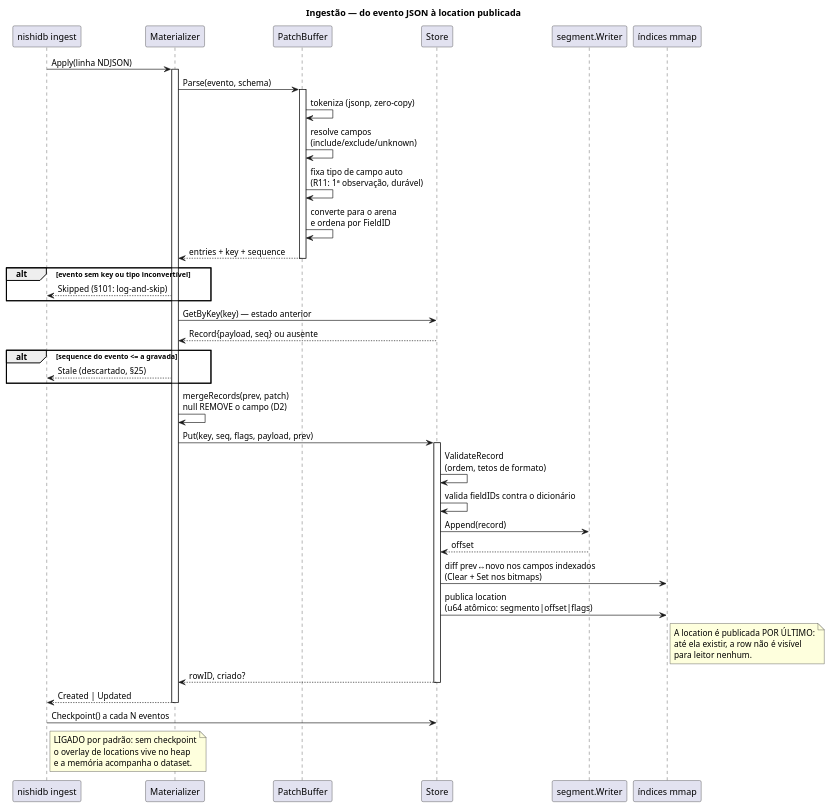
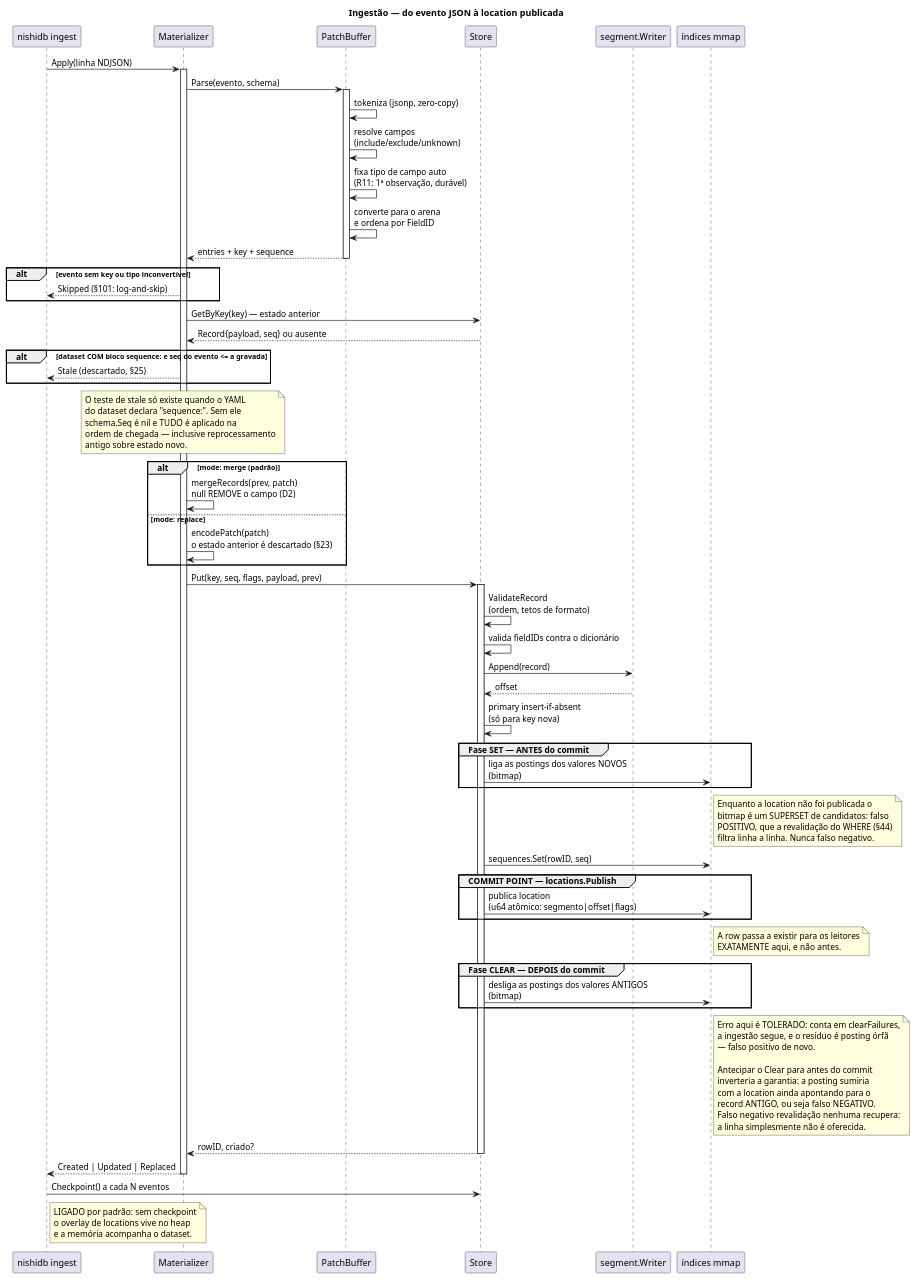
One commit to nishisan-dev/nishidb changed the diagram in docs/diagrams/ingest_flow.puml. Above: the diagram before and after it, drawn with PlantUML. The commit also changed 4 other files, not shown here.

First line of the commit message:
Corrige nos diagramas o que divergia do código

```diff
--- a/docs/diagrams/ingest_flow.puml
+++ b/docs/diagrams/ingest_flow.puml
@@ -1,61 +1,103 @@
 @startuml ingest_flow
 title Ingestão — do evento JSON à location publicada
 
 participant "nishidb ingest" as cli
 participant "Materializer" as mat
 participant "PatchBuffer" as pb
 participant "Store" as st
 participant "segment.Writer" as seg
 participant "índices mmap" as idx
 
 cli -> mat : Apply(linha NDJSON)
 activate mat
 
 mat -> pb : Parse(evento, schema)
 activate pb
 pb -> pb : tokeniza (jsonp, zero-copy)
 pb -> pb : resolve campos\n(include/exclude/unknown)
 pb -> pb : fixa tipo de campo auto\n(R11: 1ª observação, durável)
 pb -> pb : converte para o arena\ne ordena por FieldID
 pb --> mat : entries + key + sequence
 deactivate pb
 
 alt evento sem key ou tipo inconvertível
   mat --> cli : Skipped (§101: log-and-skip)
 end
 
 mat -> st : GetByKey(key) — estado anterior
 st --> mat : Record{payload, seq} ou ausente
 
-alt sequence do evento <= a gravada
+alt dataset COM bloco sequence: e seq do evento <= a gravada
   mat --> cli : Stale (descartado, §25)
 end
+note over mat
+  O teste de stale só existe quando o YAML
+  do dataset declara "sequence:". Sem ele
+  schema.Seq é nil e TUDO é aplicado na
+  ordem de chegada — inclusive reprocessamento
+  antigo sobre estado novo.
+end note
 
-mat -> mat : mergeRecords(prev, patch)\nnull REMOVE o campo (D2)
+alt mode: merge (padrão)
+  mat -> mat : mergeRecords(prev, patch)\nnull REMOVE o campo (D2)
+else mode: replace
+  mat -> mat : encodePatch(patch)\no estado anterior é descartado (§23)
+end
 mat -> st : Put(key, seq, flags, payload, prev)
 activate st
 
 st -> st : ValidateRecord\n(ordem, tetos de formato)
 st -> st : valida fieldIDs contra o dicionário
 st -> seg : Append(record)
 seg --> st : offset
-st -> idx : diff prev↔novo nos campos indexados\n(Clear + Set nos bitmaps)
-st -> idx : publica location\n(u64 atômico: segmento|offset|flags)
+st -> st : primary insert-if-absent\n(só para key nova)
+
+group Fase SET — ANTES do commit
+  st -> idx : liga as postings dos valores NOVOS\n(bitmap)
+end
 note right of idx
-  A location é publicada POR ÚLTIMO:
-  até ela existir, a row não é visível
-  para leitor nenhum.
+  Enquanto a location não foi publicada o
+  bitmap é um SUPERSET de candidatos: falso
+  POSITIVO, que a revalidação do WHERE (§44)
+  filtra linha a linha. Nunca falso negativo.
 end note
+
+st -> idx : sequences.Set(rowID, seq)
+
+group COMMIT POINT — locations.Publish
+  st -> idx : publica location\n(u64 atômico: segmento|offset|flags)
+end
+note right of idx
+  A row passa a existir para os leitores
+  EXATAMENTE aqui, e não antes.
+end note
+
+group Fase CLEAR — DEPOIS do commit
+  st -> idx : desliga as postings dos valores ANTIGOS\n(bitmap)
+end
+note right of idx
+  Erro aqui é TOLERADO: conta em clearFailures,
+  a ingestão segue, e o resíduo é posting órfã
+  — falso positivo de novo.
+
+  Antecipar o Clear para antes do commit
+  inverteria a garantia: a posting sumiria
+  com a location ainda apontando para o
+  record ANTIGO, ou seja falso NEGATIVO.
+  Falso negativo revalidação nenhuma recupera:
+  a linha simplesmente não é oferecida.
+end note
+
 st --> mat : rowID, criado?
 deactivate st
 
-mat --> cli : Created | Updated
+mat --> cli : Created | Updated | Replaced
 deactivate mat
 
 cli -> st : Checkpoint() a cada N eventos
 note right of cli
   LIGADO por padrão: sem checkpoint
   o overlay de locations vive no heap
   e a memória acompanha o dataset.
 end note
 @enduml
```
